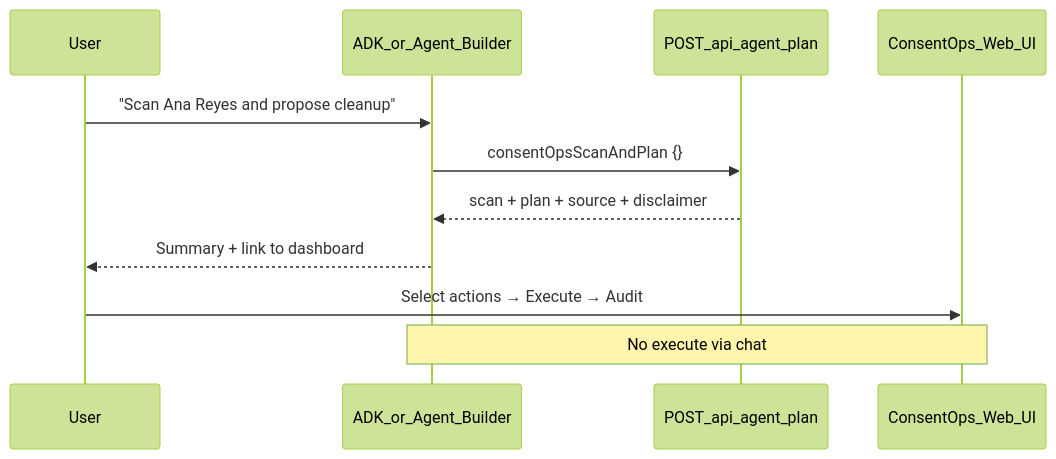
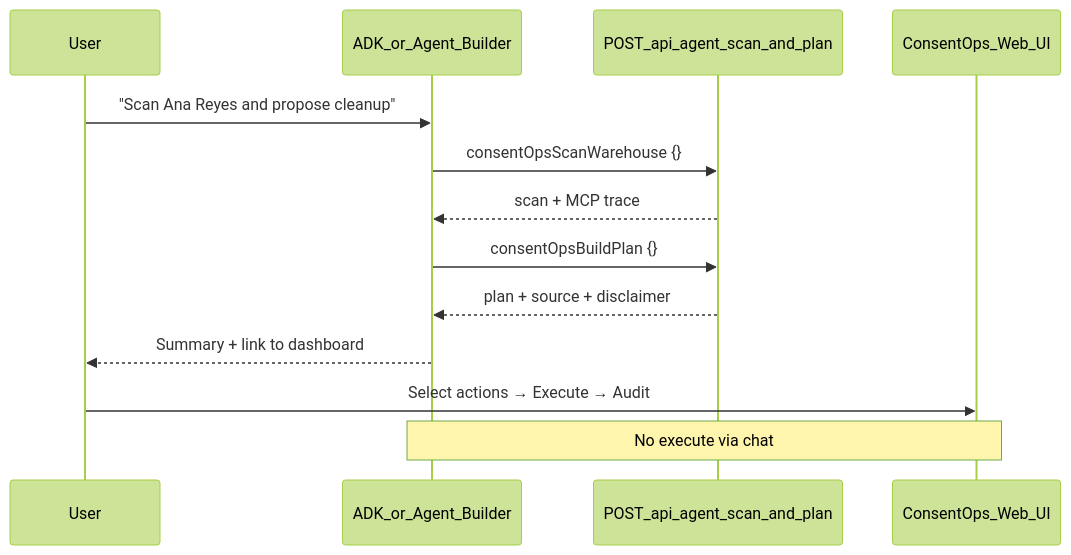
One commit to prabhakaran-jm/consentops-agent changed the diagram in docs/agent-builder-setup.md. Above: the diagram before and after it, drawn with Mermaid (forest theme). The commit also changed other lines of this file and 21 other files, not shown here.

````diff
--- a/docs/agent-builder-setup.md
+++ b/docs/agent-builder-setup.md
@@ -14,14 +14,16 @@
 ```mermaid
 sequenceDiagram
   participant User
   participant Chat as ADK_or_Agent_Builder
-  participant API as POST_api_agent_plan
+  participant API as POST_api_agent_scan_and_plan
   participant UI as ConsentOps_Web_UI
 
   User->>Chat: "Scan Ana Reyes and propose cleanup"
-  Chat->>API: consentOpsScanAndPlan {}
-  API-->>Chat: scan + plan + source + disclaimer
+  Chat->>API: consentOpsScanWarehouse {}
+  API-->>Chat: scan + MCP trace
+  Chat->>API: consentOpsBuildPlan {}
+  API-->>Chat: plan + source + disclaimer
   Chat-->>User: Summary + link to dashboard
   User->>UI: Select actions → Execute → Audit
   Note over Chat,UI: No execute via chat
 ```
````
